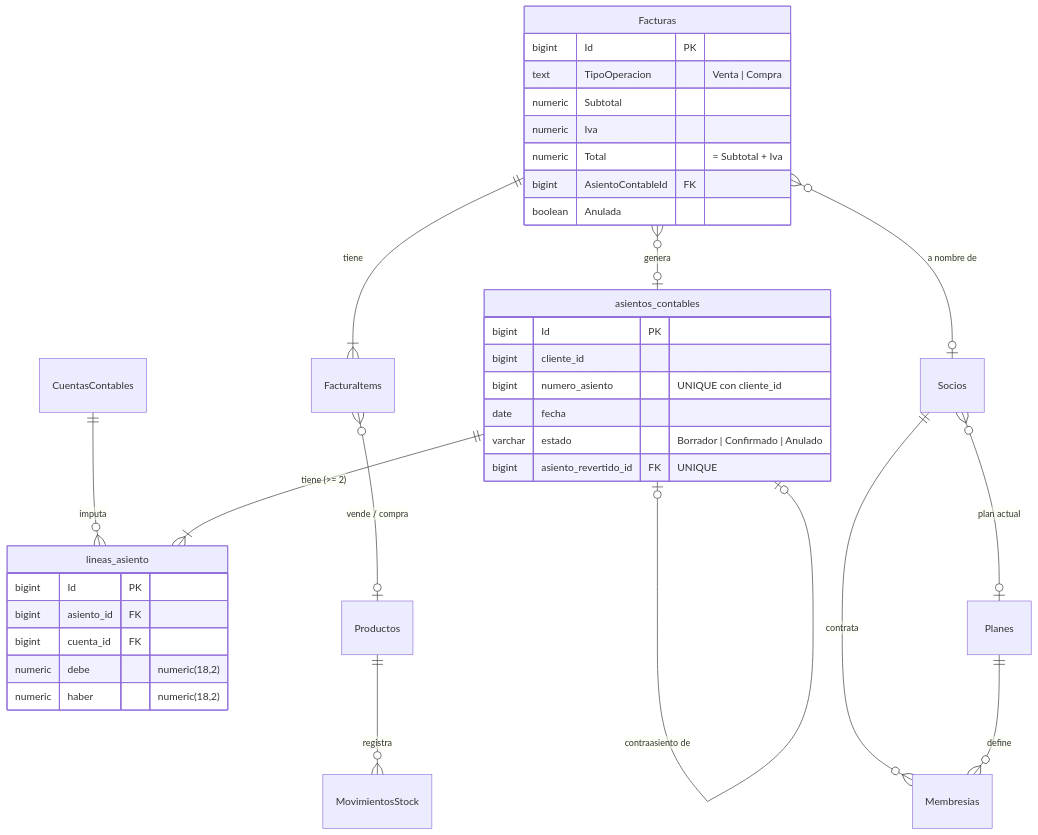
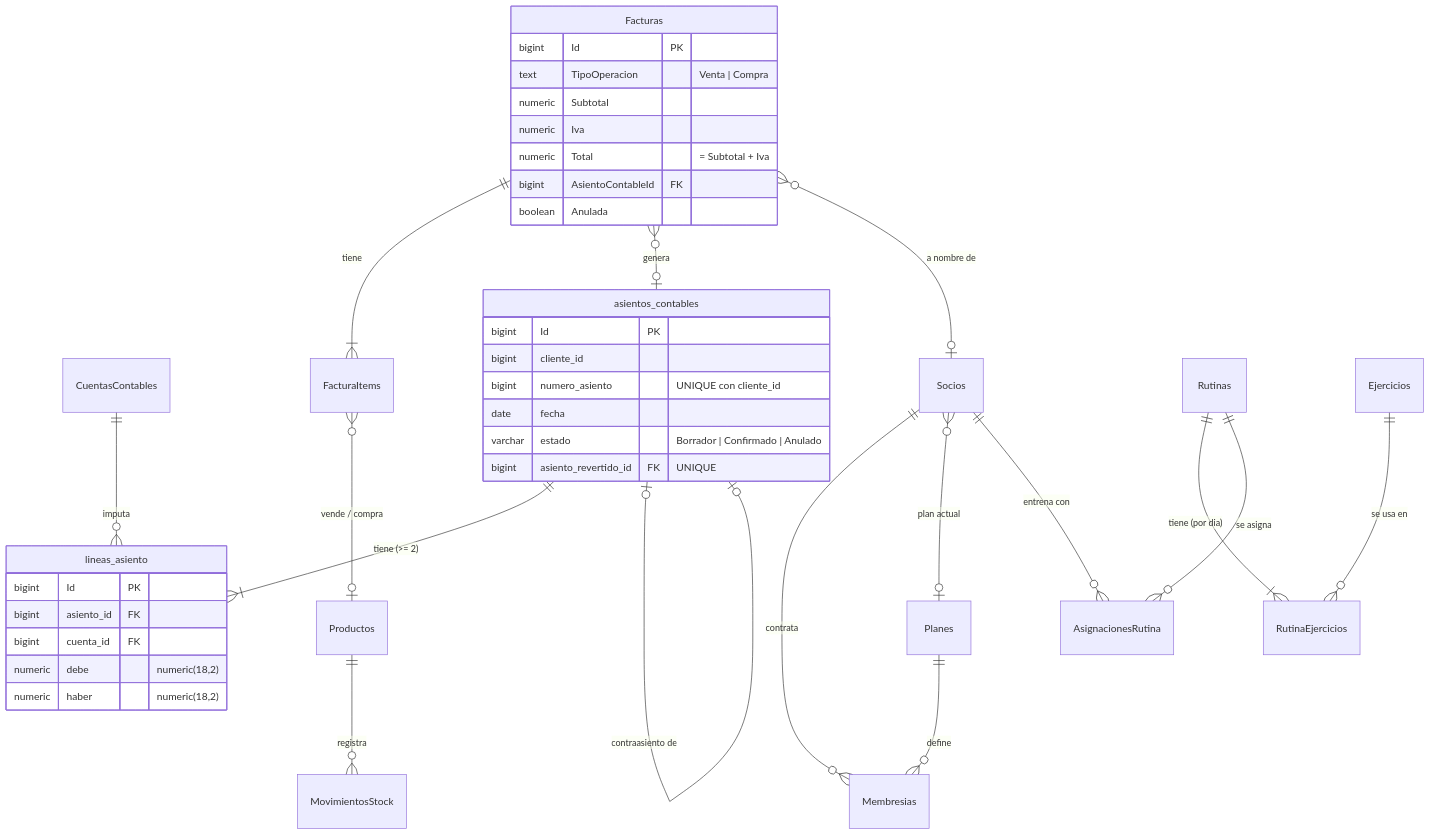
The diagram in docs/BASE_DE_DATOS.md (IGNACIOBONGIOVANNI/gymstudio-erp), drawn with Mermaid before and after one commit. The commit also changed other lines of this file and 10 other files, not shown here.

First line of the commit message:
Rutinas de gimnasio: pantallas, rutina del socio con PDF imprimible y documentación

````diff
--- a/docs/BASE_DE_DATOS.md
+++ b/docs/BASE_DE_DATOS.md
@@ -26,39 +26,43 @@
 ```mermaid
 erDiagram
     CuentasContables ||--o{ lineas_asiento : "imputa"
     asientos_contables ||--|{ lineas_asiento : "tiene (>= 2)"
     asientos_contables |o--o| asientos_contables : "contraasiento de"
     Facturas ||--|{ FacturaItems : "tiene"
     Facturas }o--o| asientos_contables : "genera"
     FacturaItems }o--o| Productos : "vende / compra"
     Productos ||--o{ MovimientosStock : "registra"
     Facturas }o--o| Socios : "a nombre de"
     Socios ||--o{ Membresias : "contrata"
     Planes ||--o{ Membresias : "define"
     Socios }o--o| Planes : "plan actual"
+    Rutinas ||--|{ RutinaEjercicios : "tiene (por dia)"
+    Ejercicios ||--o{ RutinaEjercicios : "se usa en"
+    Socios ||--o{ AsignacionesRutina : "entrena con"
+    Rutinas ||--o{ AsignacionesRutina : "se asigna"
 
     asientos_contables {
         bigint Id PK
         bigint cliente_id
         bigint numero_asiento "UNIQUE con cliente_id"
         date fecha
         varchar estado "Borrador | Confirmado | Anulado"
         bigint asiento_revertido_id FK "UNIQUE"
     }
     lineas_asiento {
         bigint Id PK
         bigint asiento_id FK
         bigint cuenta_id FK
         numeric debe "numeric(18,2)"
         numeric haber "numeric(18,2)"
     }
     Facturas {
         bigint Id PK
         text TipoOperacion "Venta | Compra"
         numeric Subtotal
         numeric Iva
         numeric Total "= Subtotal + Iva"
         bigint AsientoContableId FK
         boolean Anulada
     }
 ```
````
